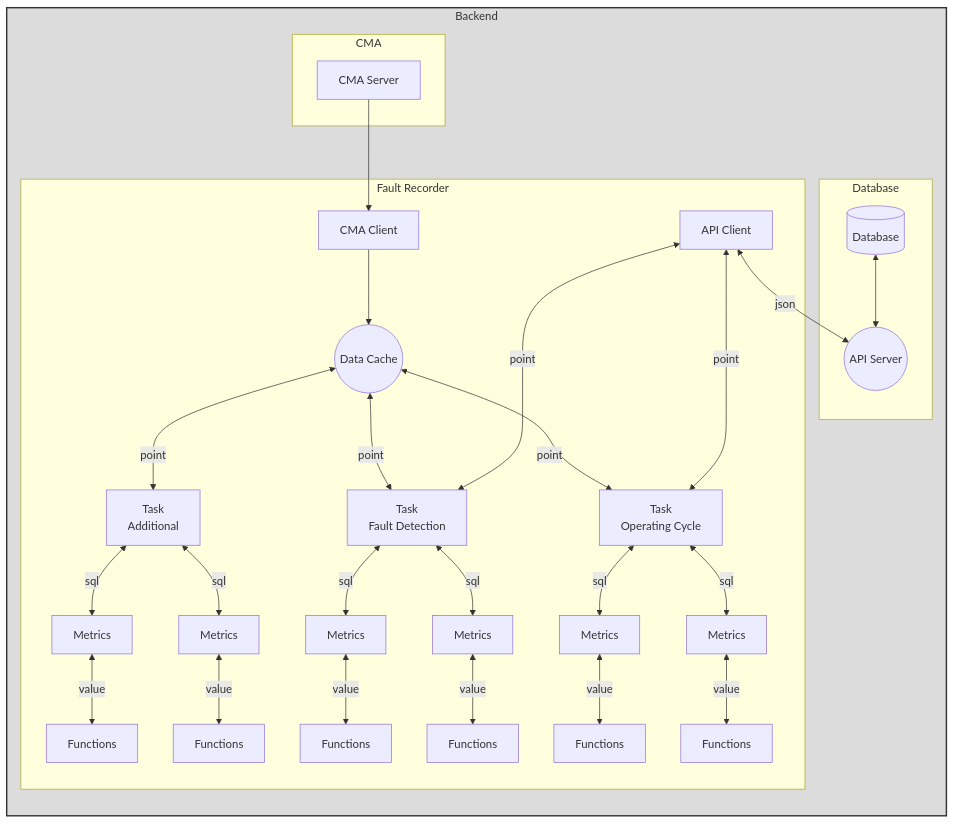
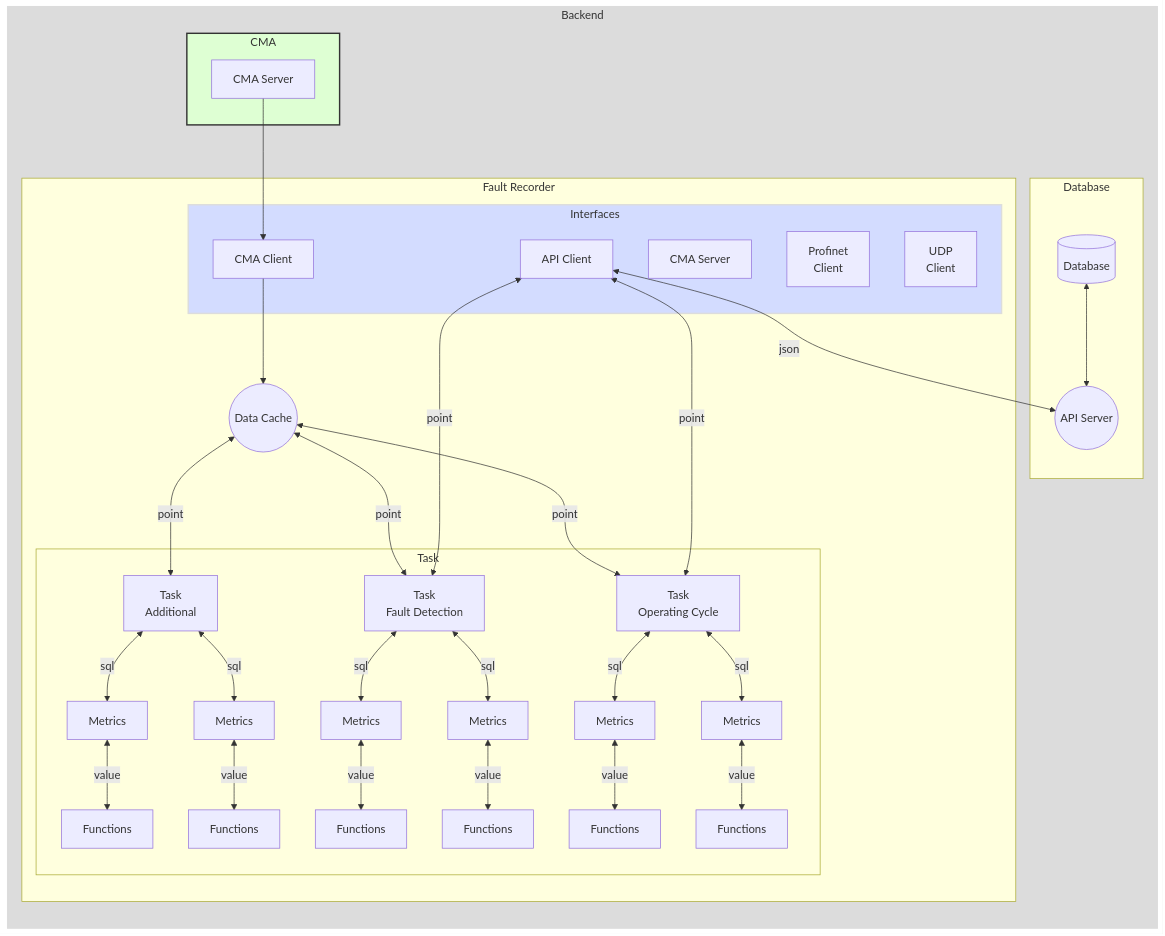
The diagram in readme.md (a-givertzman/fr-service), drawn with Mermaid before and after one commit.

````diff
--- a/readme.md
+++ b/readme.md
@@ -25,63 +25,74 @@
 ```mermaid
 flowchart LR;
     subgraph Backend
         subgraph CMA
-            cmaServer[CMA Server]
+            cmaServer[CMA Server];
         end
 
         subgraph Database
             apiServer((API Server</p>));
             db[(Database)];
         end
 
         subgraph FaultRecorder[Fault Recorder]
-            cmaClient[CMA Client];
-            apiClient[API Client];
+            subgraph Interfaces
+                cmaServerRust[CMA Server];
+                cmaClient[CMA Client];
+                apiClient[API Client];
+                profinetClient[Profinet<br>Client];
+                udtClient[UDP<br>Client];
+            end
+
             dataCache((" Data Cache"));
-            task1[Task<br>Operating Cycle];
-            task2[Task<br>Fault Detection];
-            task3[Task<br>Additional];
-            faultDetectionMetrics1[Metrics]
-            faultDetectionMetrics2[Metrics]
-            operatingCycleMetrics1[Metrics];
-            operatingCycleMetrics2[Metrics];
-            additionalMetrics1[Metrics];
-            additionalMetrics2[Metrics];
-            faultDetectionFunctions1[Functions]
-            faultDetectionFunctions2[Functions]
-            operatingCycleFunctions1[Functions];
-            operatingCycleFunctions2[Functions];
-            additionalfunctions1[Functions];
-            additionalfunctions2[Functions];
+            subgraph Task
+                task1[Task<br>Operating Cycle];
+                task2[Task<br>Fault Detection];
+                task3[Task<br>Additional];
+                faultDetectionMetrics1[Metrics];
+                faultDetectionMetrics2[Metrics];
+                operatingCycleMetrics1[Metrics];
+                operatingCycleMetrics2[Metrics];
+                additionalMetrics1[Metrics];
+                additionalMetrics2[Metrics];
+                faultDetectionFunctions1[Functions];
+                faultDetectionFunctions2[Functions];
+                operatingCycleFunctions1[Functions];
+                operatingCycleFunctions2[Functions];
+                additionalfunctions1[Functions];
+                additionalfunctions2[Functions];
+            end
         end
 
         db <--> apiServer;
         apiClient<--->|point|task1;
         apiClient<--->|point|task2;
 
-        cmaServer --> cmaClient
-        cmaClient --> dataCache
-        apiClient <--> |json|apiServer
+        cmaServer --> cmaClient;
+        cmaClient --> dataCache;
+        apiClient <--> |json|apiServer;
 
         dataCache <--> |point| task1;
         dataCache <--> |point| task2;
         dataCache <--> |point| task3;
         task1 <--> |sql| operatingCycleMetrics1;
         task1 <--> |sql| operatingCycleMetrics2;
         task2 <--> |sql| faultDetectionMetrics1
         task2 <--> |sql| faultDetectionMetrics2
         task3 <--> |sql| additionalMetrics1
         task3 <--> |sql| additionalMetrics2
         additionalMetrics1 <--> |value| additionalfunctions1
         additionalMetrics2 <--> |value| additionalfunctions2
         faultDetectionMetrics1 <--> |value| faultDetectionFunctions1
         faultDetectionMetrics2 <--> |value| faultDetectionFunctions2
         operatingCycleMetrics1 <--> |value| operatingCycleFunctions1
         operatingCycleMetrics2 <--> |value| operatingCycleFunctions2
     end
-classDef gray fill:#DCDCDC,stroke:#333,stroke-width:2px;
-classDef green fill:#9f6,stroke:#333,stroke-width:2px;
+classDef gray fill:#DCDCDC,stroke:#DCDCDC,stroke-width:2px;
+classDef lightBlue fill:#D3DCFF,stroke:#DCDCDC,stroke-width:2px;
+classDef green fill:#DEFFD3,stroke:#333,stroke-width:2px;
 classDef orange fill:#f96,stroke:#333,stroke-width:4px;
 class Backend gray
+class Interfaces lightBlue
+class CMA green
 %% class di orange    
 ```
````
